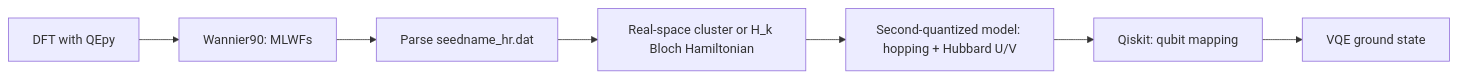
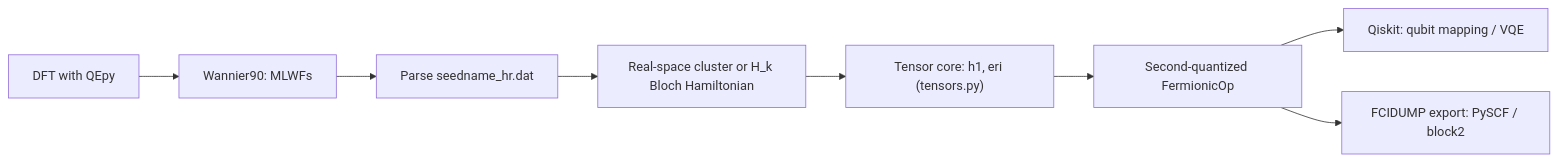
One commit to animan95/QIS_QE changed the diagram in README.md. Above: the diagram before and after it, drawn with Mermaid. The commit also changed other lines of this file and 8 other files, not shown here.

````diff
--- a/README.md
+++ b/README.md
@@ -24,9 +24,10 @@
 ```mermaid
 flowchart LR
     A[DFT with QEpy] --> B[Wannier90: MLWFs]
     B --> C[Parse seedname_hr.dat]
     C --> D[Real-space cluster or H_k Bloch Hamiltonian]
-    D --> E[Second-quantized model: hopping + Hubbard U/V]
-    E --> F[Qiskit: qubit mapping]
-    F --> G[VQE ground state]
+    D --> E["Tensor core: h1, eri (tensors.py)"]
+    E --> F[Second-quantized FermionicOp]
+    F --> G[Qiskit: qubit mapping / VQE]
+    F --> H[FCIDUMP export: PySCF / block2]
 ```
````
